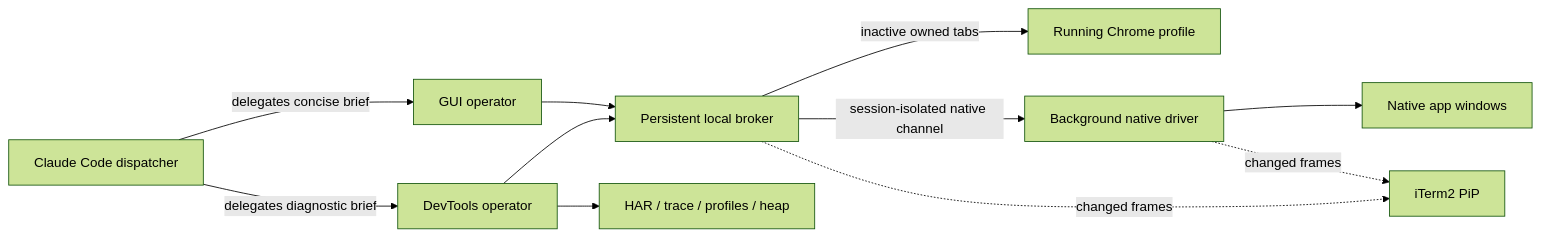
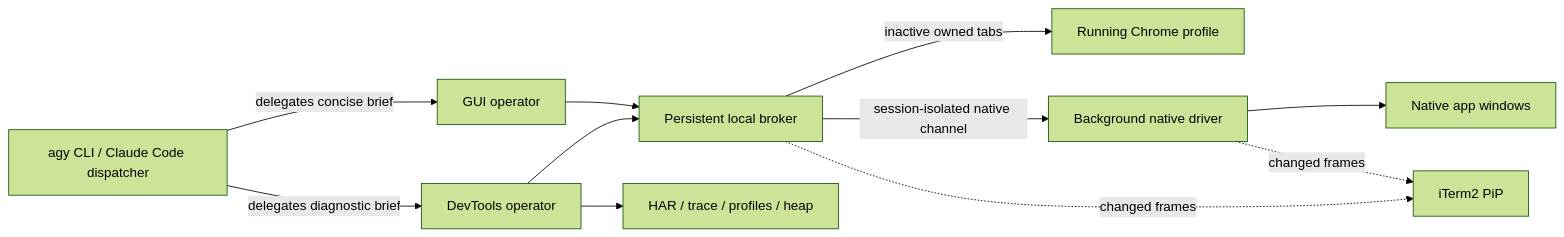
One commit to anpu-ai-official/open-computer-use changed the diagram in README.md. Above: the diagram before and after it, drawn with Mermaid (forest theme). The commit also changed other lines of this file and 19 other files, not shown here.

````diff
--- a/README.md
+++ b/README.md
@@ -64,13 +73,13 @@
 ```mermaid
 flowchart LR
-  C[Claude Code dispatcher] -->|delegates concise brief| G[GUI operator]
+  C["agy CLI / Claude Code dispatcher"] -->|delegates concise brief| G[GUI operator]
   C -->|delegates diagnostic brief| D[DevTools operator]
   G --> B[Persistent local broker]
   D --> B
   B -->|inactive owned tabs| Chrome[Running Chrome profile]
   B -->|session-isolated native channel| Driver[Background native driver]
   Driver --> Apps[Native app windows]
   B -. changed frames .-> PiP[iTerm2 PiP]
   Driver -. changed frames .-> PiP
   D --> Artifacts[HAR / trace / profiles / heap]
 ```
````
